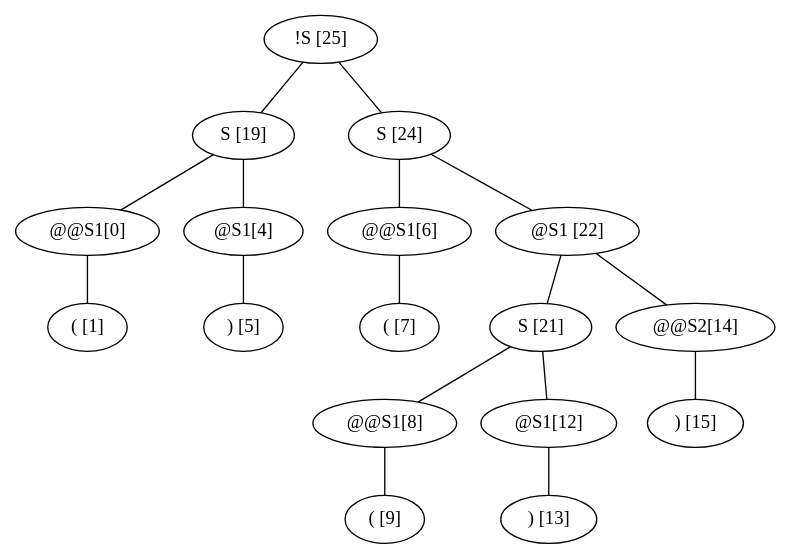
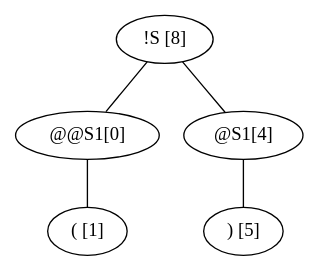
The diagram in src/main/java/ru/spbau/mit/word.txtTree.dot (VadimKleiman/Chomsky), drawn with Graphviz before and after one commit. The commit also changed 6 other files, not shown here.

```diff
--- a/src/main/java/ru/spbau/mit/word.txtTree.dot
+++ b/src/main/java/ru/spbau/mit/word.txtTree.dot
@@ -1,13 +1,5 @@
 graph graphname {
-"!S [25]" -- "S [19]" -- "@@S1[0]"  -- "( [1]";
-"S [19]" -- "@S1[4]"  -- ") [5]";
-
-"!S [25]" -- "S [24]" -- "@@S1[6]"  -- "( [7]";
-"S [24]" -- "@S1 [22]" -- "S [21]" -- "@@S1[8]"  -- "( [9]";
-"S [21]" -- "@S1[12]"  -- ") [13]";
-
-"@S1 [22]" -- "@@S2[14]"  -- ") [15]";
-
-
+"!S [8]" -- "@@S1[0]"  -- "( [1]";
+"!S [8]" -- "@S1[4]"  -- ") [5]";
 
  }
```
